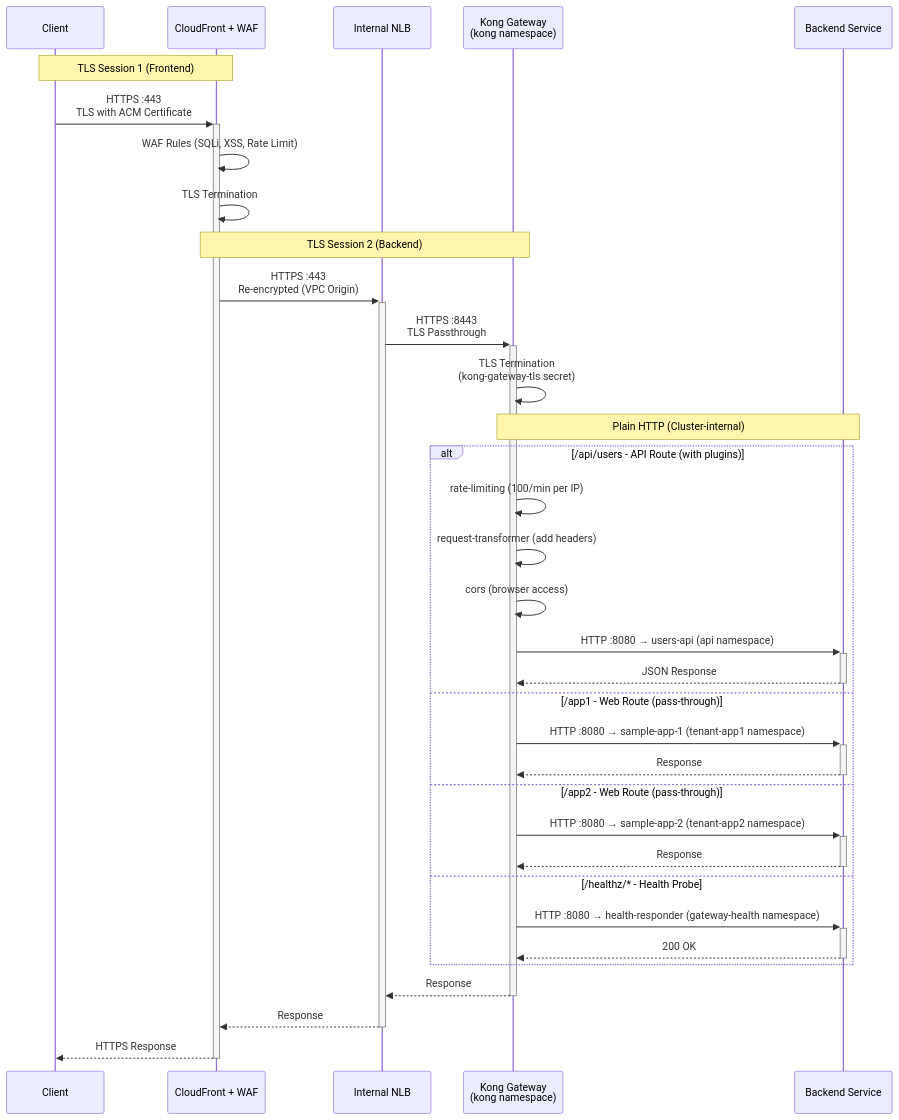
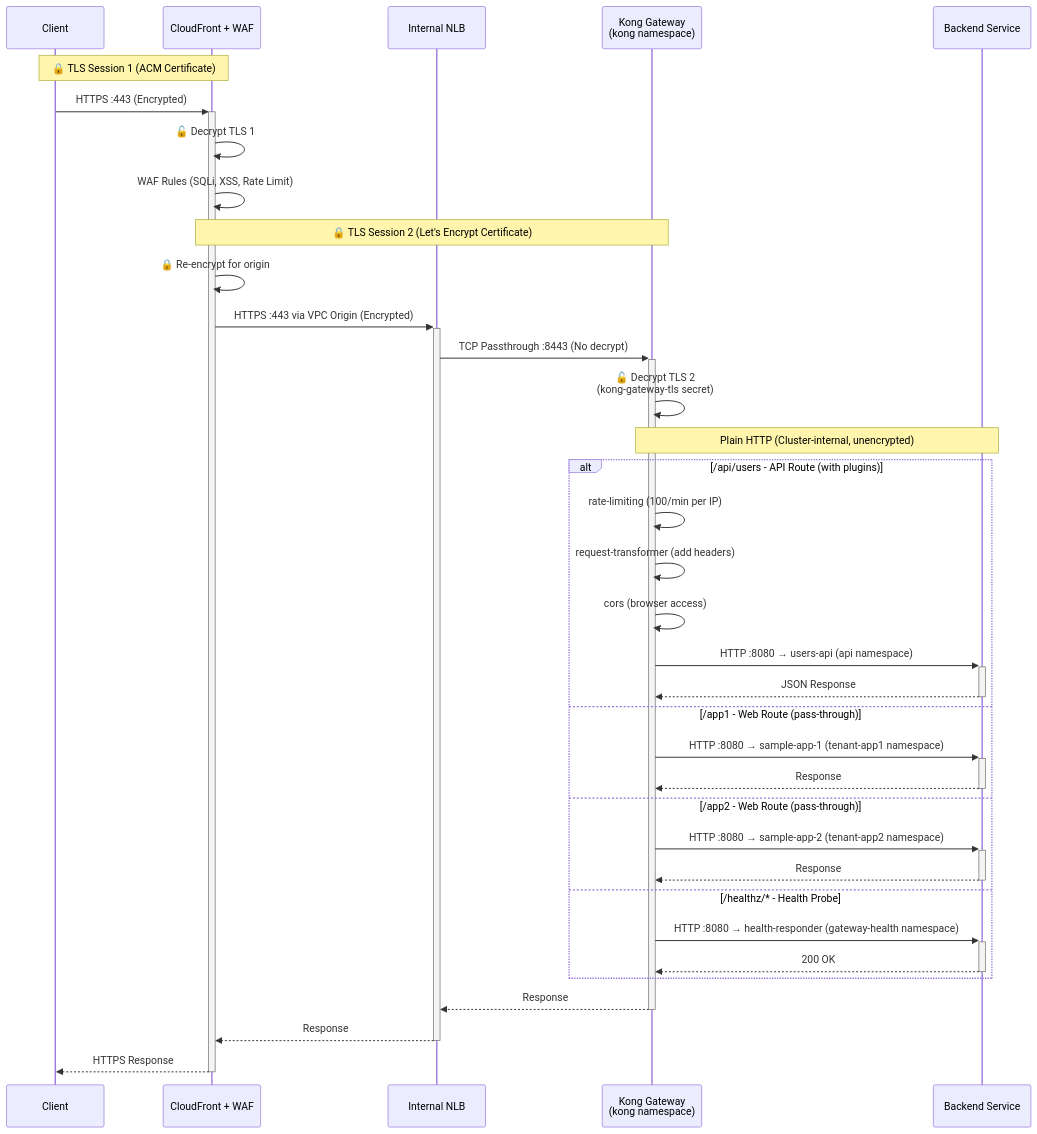
One commit to shanaka-versent/Kong-Gateway-on-EKS changed the third of 12 diagrams in README.md. Above: the diagram before and after it, drawn with Mermaid. The commit also changed other lines of this file and 4 other files, not shown here.

First line of the commit message:
docs: Update README for end-to-end TLS with cert-manager and Let's Encrypt

````diff
--- a/README.md
+++ b/README.md
@@ -313,40 +329,41 @@
 ```mermaid
 sequenceDiagram
     participant Client
     participant CF as CloudFront + WAF
     participant NLB as Internal NLB
     participant Kong as Kong Gateway<br/>(kong namespace)
     participant App as Backend Service
 
-    Note over Client,CF: TLS Session 1 (Frontend)
-    Client->>+CF: HTTPS :443<br/>TLS with ACM Certificate
+    Note over Client,CF: 🔒 TLS Session 1 (ACM Certificate)
+    Client->>+CF: HTTPS :443 (Encrypted)
+    CF->>CF: 🔓 Decrypt TLS 1
     CF->>CF: WAF Rules (SQLi, XSS, Rate Limit)
-    CF->>CF: TLS Termination
 
-    Note over CF,Kong: TLS Session 2 (Backend)
-    CF->>+NLB: HTTPS :443<br/>Re-encrypted (VPC Origin)
-    NLB->>+Kong: HTTPS :8443<br/>TLS Passthrough
-    Kong->>Kong: TLS Termination<br/>(kong-gateway-tls secret)
+    Note over CF,Kong: 🔒 TLS Session 2 (Let's Encrypt Certificate)
+    CF->>CF: 🔒 Re-encrypt for origin
+    CF->>+NLB: HTTPS :443 via VPC Origin (Encrypted)
+    NLB->>+Kong: TCP Passthrough :8443 (No decrypt)
+    Kong->>Kong: 🔓 Decrypt TLS 2<br/>(kong-gateway-tls secret)
 
-    Note over Kong,App: Plain HTTP (Cluster-internal)
+    Note over Kong,App: Plain HTTP (Cluster-internal, unencrypted)
     alt /api/users - API Route (with plugins)
         Kong->>Kong: rate-limiting (100/min per IP)
         Kong->>Kong: request-transformer (add headers)
         Kong->>Kong: cors (browser access)
         Kong->>+App: HTTP :8080 → users-api (api namespace)
         App-->>-Kong: JSON Response
     else /app1 - Web Route (pass-through)
         Kong->>+App: HTTP :8080 → sample-app-1 (tenant-app1 namespace)
         App-->>-Kong: Response
     else /app2 - Web Route (pass-through)
         Kong->>+App: HTTP :8080 → sample-app-2 (tenant-app2 namespace)
         App-->>-Kong: Response
     else /healthz/* - Health Probe
         Kong->>+App: HTTP :8080 → health-responder (gateway-health namespace)
         App-->>-Kong: 200 OK
     end
 
     Kong-->>-NLB: Response
     NLB-->>-CF: Response
     CF-->>-Client: HTTPS Response
 ```
````
